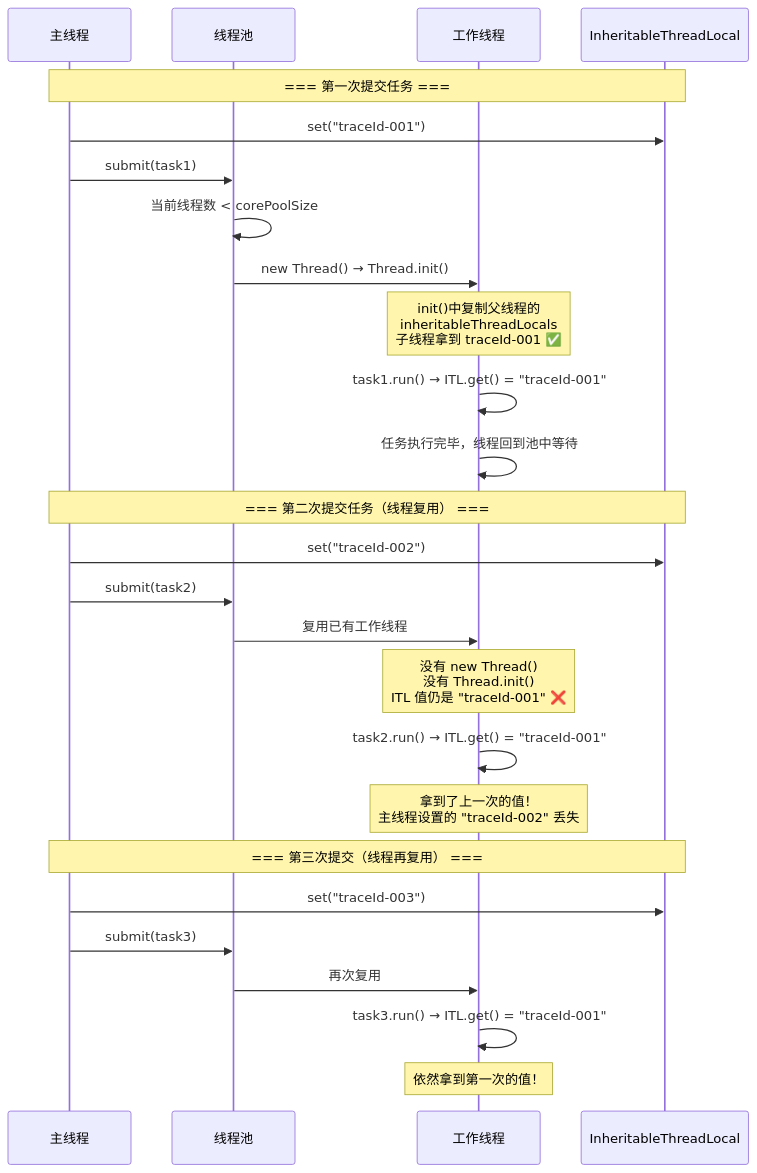
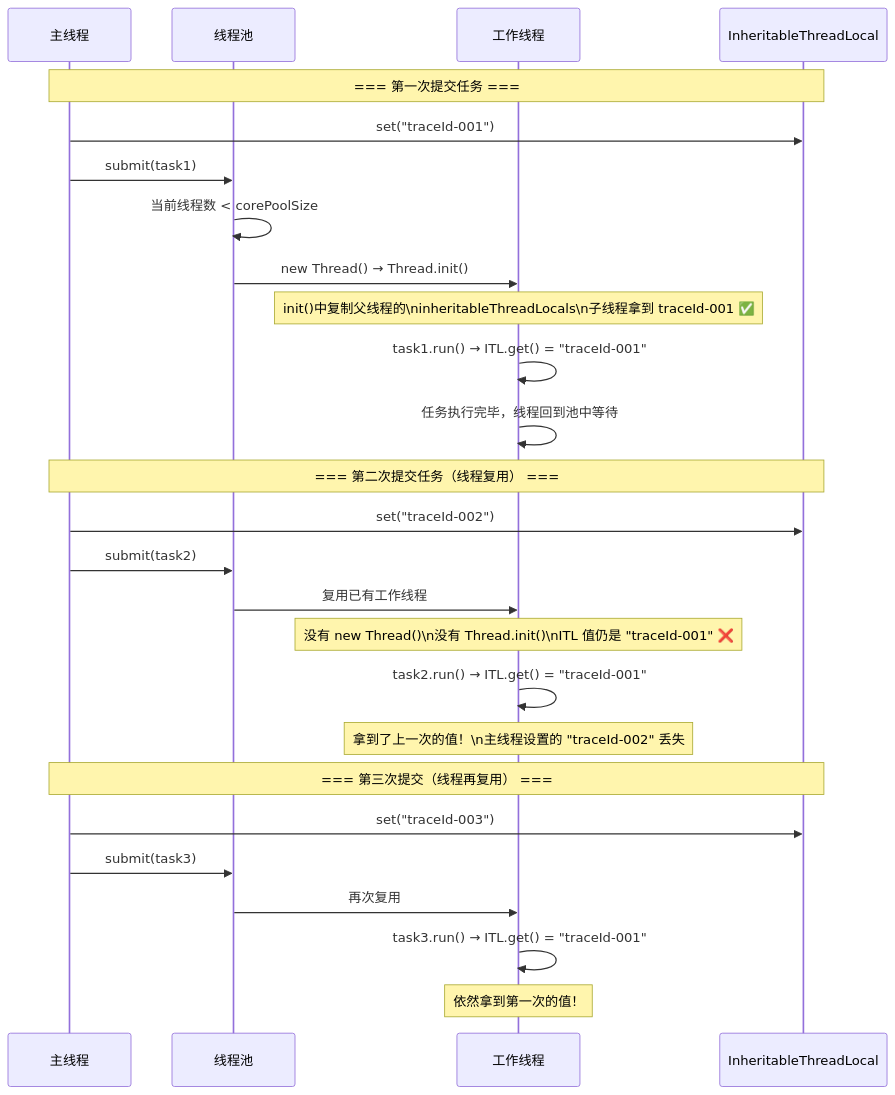
Before and after one commit to yaocat55/yaocat55.github.io: the third of 8 diagrams in content/posts/concurrency/ThreadLocal.md, drawn with Mermaid. The commit also changed other lines of this file and 155 other files, not shown here.

````diff
--- a/content/posts/concurrency/ThreadLocal.md
+++ b/content/posts/concurrency/ThreadLocal.md
@@ -303,31 +303,31 @@
 ```mermaid
 sequenceDiagram
     participant MT as 主线程
     participant TP as 线程池
     participant WT as 工作线程
     participant ITL as InheritableThreadLocal
 
     Note over MT,ITL: === 第一次提交任务 ===
     MT->>ITL: set("traceId-001")
     MT->>TP: submit(task1)
     TP->>TP: 当前线程数 < corePoolSize
     TP->>WT: new Thread() → Thread.init()
-    Note over WT: init()中复制父线程的<br/>inheritableThreadLocals<br/>子线程拿到 traceId-001 ✅
+    Note over WT: init()中复制父线程的\ninheritableThreadLocals\n子线程拿到 traceId-001 ✅
     WT->>WT: task1.run() → ITL.get() = "traceId-001"
     WT->>WT: 任务执行完毕，线程回到池中等待
 
     Note over MT,ITL: === 第二次提交任务（线程复用） ===
     MT->>ITL: set("traceId-002")
     MT->>TP: submit(task2)
     TP->>WT: 复用已有工作线程
-    Note over WT: 没有 new Thread()<br/>没有 Thread.init()<br/>ITL 值仍是 "traceId-001" ❌
+    Note over WT: 没有 new Thread()\n没有 Thread.init()\nITL 值仍是 "traceId-001" ❌
     WT->>WT: task2.run() → ITL.get() = "traceId-001"
-    Note over WT: 拿到了上一次的值！<br/>主线程设置的 "traceId-002" 丢失
+    Note over WT: 拿到了上一次的值！\n主线程设置的 "traceId-002" 丢失
 
     Note over MT,ITL: === 第三次提交（线程再复用） ===
     MT->>ITL: set("traceId-003")
     MT->>TP: submit(task3)
     TP->>WT: 再次复用
     WT->>WT: task3.run() → ITL.get() = "traceId-001"
     Note over WT: 依然拿到第一次的值！
 ```
````
